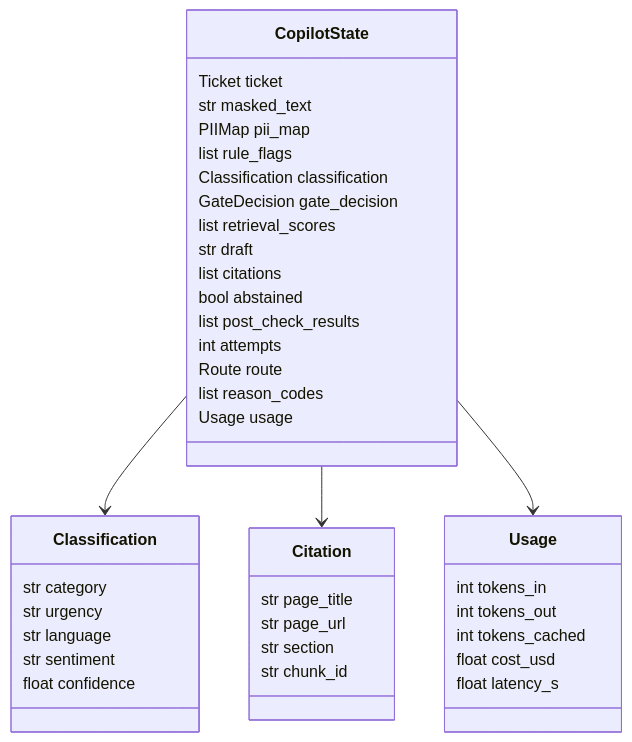
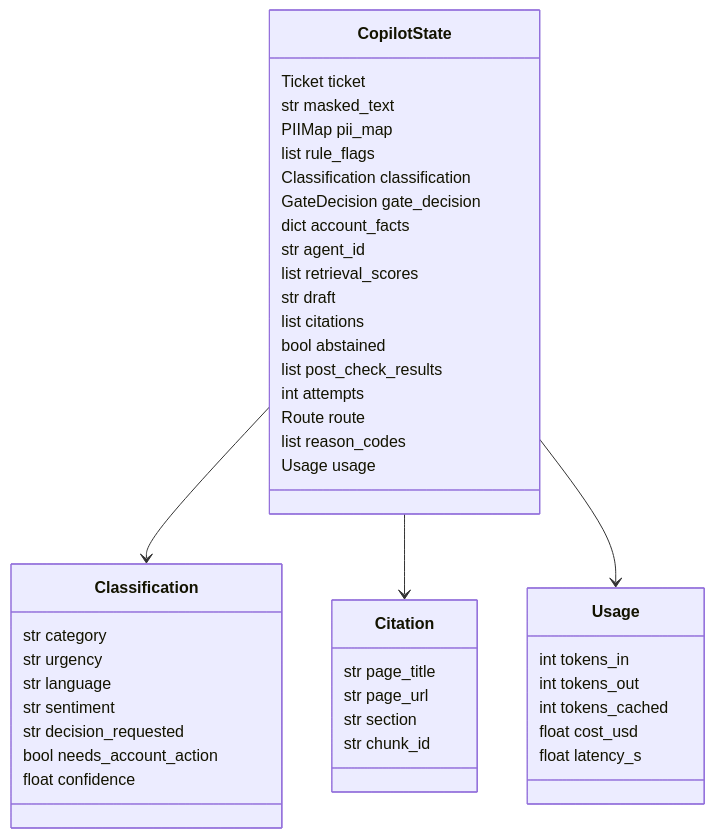
Before and after one commit to mohabashraf/support-copilot: the sixth of 13 diagrams in docs/ARCHITECTURE.md, drawn with Mermaid. The commit also changed other lines of this file and 2 other files, not shown here.

First line of the commit message:
Account-action HITL flow (LangGraph interrupt), decision_requested field, jurisdiction and no-question handling

````diff
--- a/docs/ARCHITECTURE.md
+++ b/docs/ARCHITECTURE.md
@@ -143,43 +177,47 @@
 ```mermaid
 classDiagram
     class CopilotState {
         Ticket ticket
         str masked_text
         PIIMap pii_map
         list rule_flags
         Classification classification
         GateDecision gate_decision
+        dict account_facts
+        str agent_id
         list retrieval_scores
         str draft
         list citations
         bool abstained
         list post_check_results
         int attempts
         Route route
         list reason_codes
         Usage usage
     }
     class Classification {
         str category
         str urgency
         str language
         str sentiment
+        str decision_requested
+        bool needs_account_action
         float confidence
     }
     class Citation {
         str page_title
         str page_url
         str section
         str chunk_id
     }
     class Usage {
         int tokens_in
         int tokens_out
         int tokens_cached
         float cost_usd
         float latency_s
     }
     CopilotState --> Classification
     CopilotState --> Citation
     CopilotState --> Usage
 ```
````
